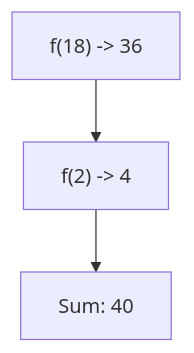
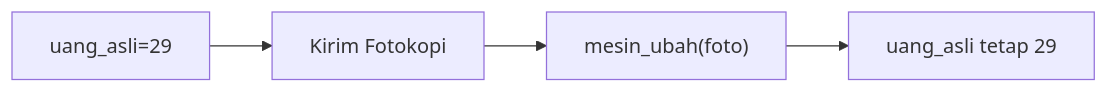
One commit to amnahwaida/OSNK_INF_PREP changed diagram 13 of 25 in part-c-pemahaman-cpp/04-fungsi/latihan/set-08.md. Above: the diagram before and after it, drawn with Mermaid. The commit also changed other lines of this file and 71 other files, not shown here.

````diff
--- a/part-c-pemahaman-cpp/04-fungsi/latihan/set-08.md
+++ b/part-c-pemahaman-cpp/04-fungsi/latihan/set-08.md
@@ -343,5 +357,6 @@
 ```mermaid
-graph TD
-A["f(18) -> 36"] --> B["f(2) -> 4"]
-B --> C["Sum: 40"]
+graph LR
+A["uang_asli=29"] --> B["Kirim Fotokopi"]
+B --> C["mesin_ubah(foto)"]
+C --> D["uang_asli tetap 29"]
 ```
````
